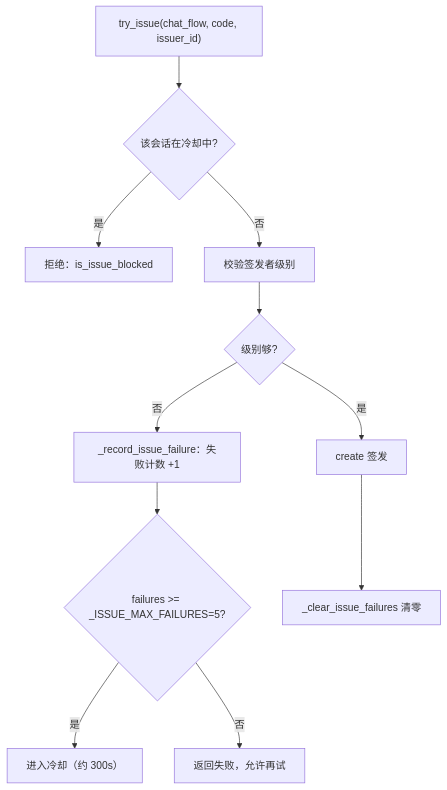
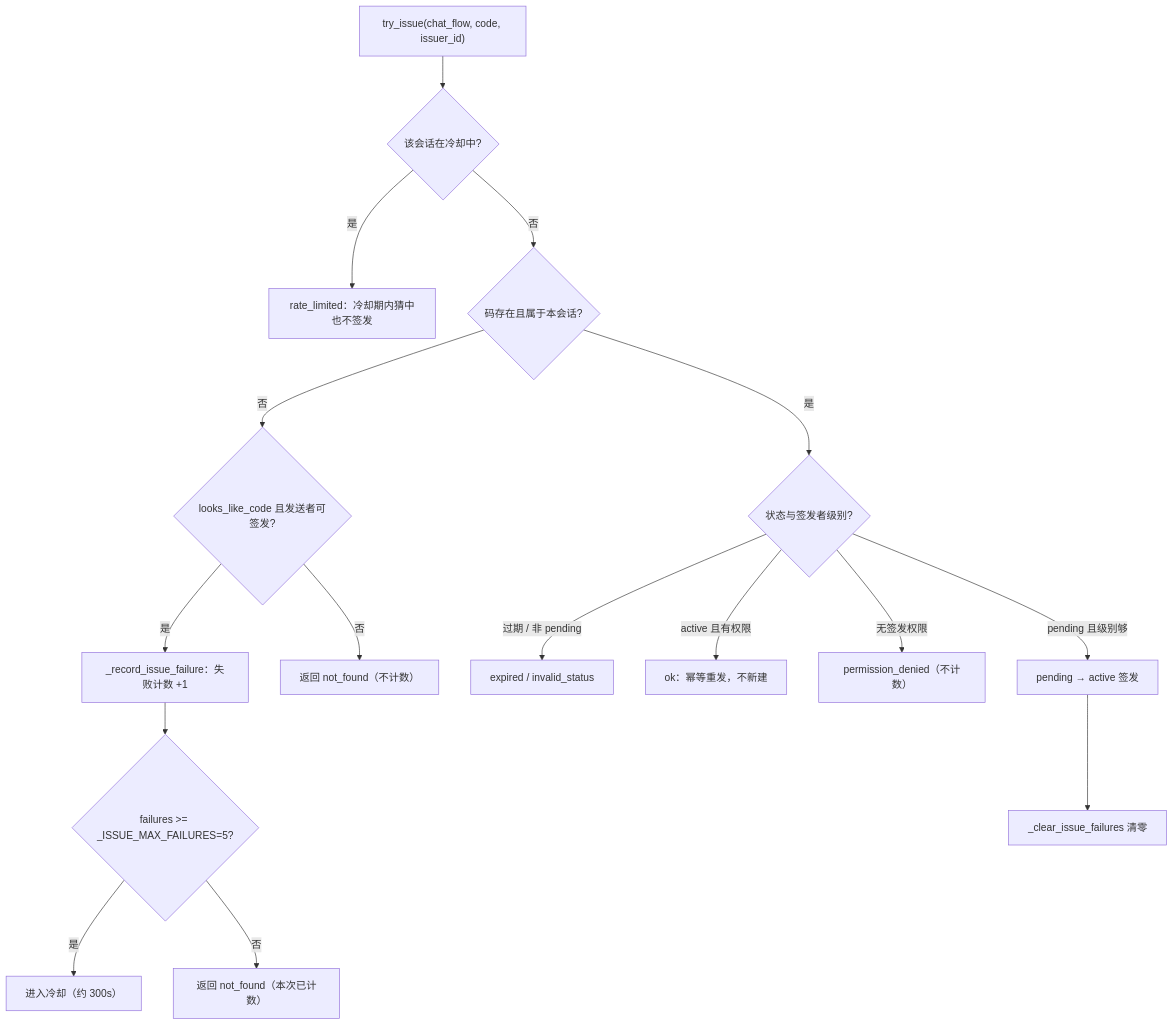
The fourth of 8 diagrams in docs/flow/19-credentials-security.md (SuperQuail/NeoBot), drawn with Mermaid before and after one commit. The commit also changed other lines of this file and 5 other files, not shown here.

````diff
--- a/docs/flow/19-credentials-security.md
+++ b/docs/flow/19-credentials-security.md
@@ -107,13 +121,18 @@
 ```mermaid
 flowchart TD
     A["try_issue(chat_flow, code, issuer_id)"] --> B{"该会话在冷却中?"}
-    B -- 是 --> C["拒绝：is_issue_blocked"]
-    B -- 否 --> D["校验签发者级别"]
-    D --> E{"级别够?"}
-    E -- 否 --> F["_record_issue_failure：失败计数 +1"]
-    F --> G{"failures >= _ISSUE_MAX_FAILURES=5?"}
-    G -- 是 --> H["进入冷却（约 300s）"]
-    G -- 否 --> I["返回失败，允许再试"]
-    E -- 是 --> J["create 签发"]
-    J --> K["_clear_issue_failures 清零"]
+    B -- 是 --> C["rate_limited：冷却期内猜中也不签发"]
+    B -- 否 --> D{"码存在且属于本会话?"}
+    D -- 否 --> E{"looks_like_code 且发送者可签发?"}
+    E -- 是 --> F["_record_issue_failure：失败计数 +1"]
+    E -- 否 --> G["返回 not_found（不计数）"]
+    F --> H{"failures >= _ISSUE_MAX_FAILURES=5?"}
+    H -- 是 --> I["进入冷却（约 300s）"]
+    H -- 否 --> G2["返回 not_found（本次已计数）"]
+    D -- 是 --> J{"状态与签发者级别?"}
+    J -- 过期 / 非 pending --> K["expired / invalid_status"]
+    J -- active 且有权限 --> K2["ok：幂等重发，不新建"]
+    J -- 无签发权限 --> L["permission_denied（不计数）"]
+    J -- pending 且级别够 --> M["pending → active 签发"]
+    M --> N["_clear_issue_failures 清零"]
 ```
````
